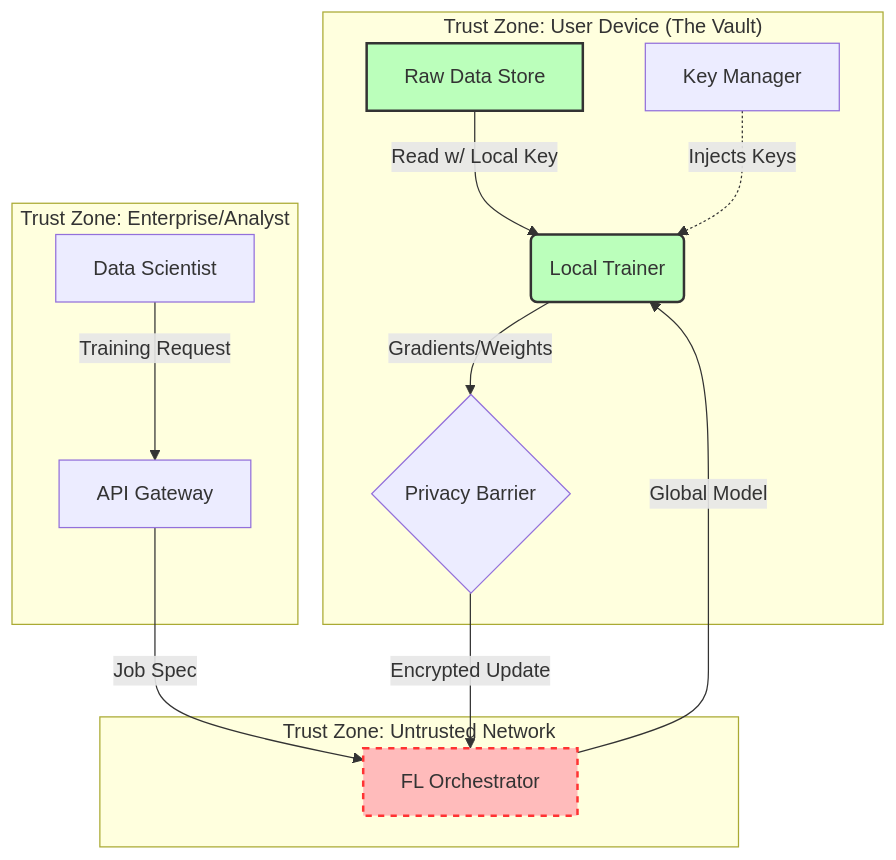
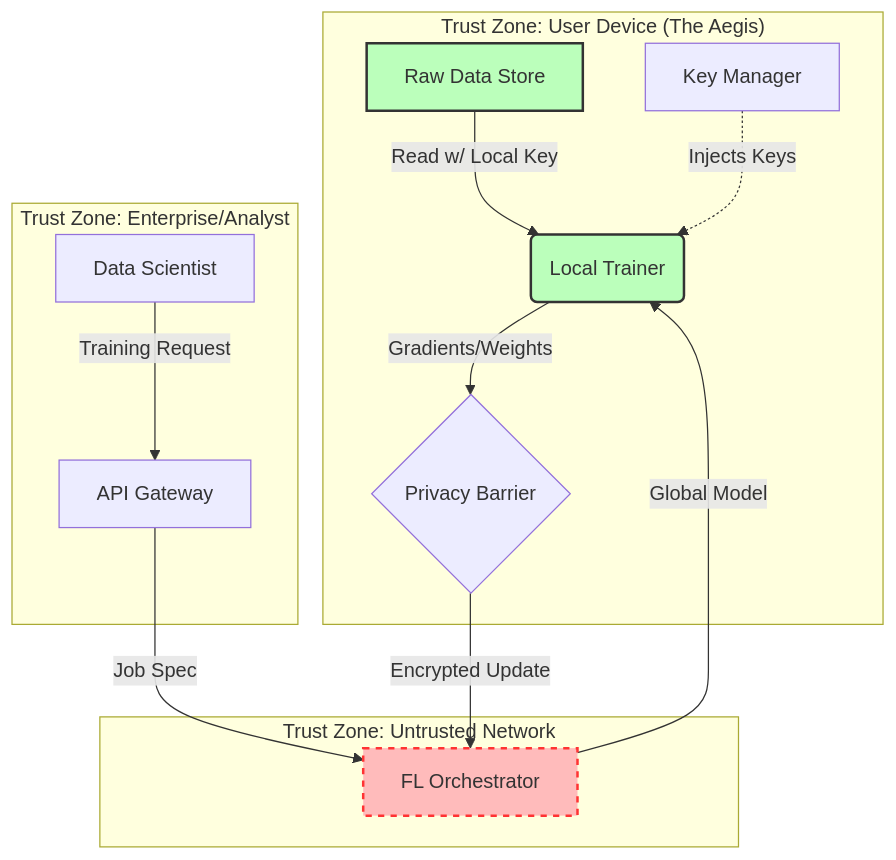
One commit to Lingikaushikreddy/Vaulted changed the diagram in README.md. Above: the diagram before and after it, drawn with Mermaid. The commit also changed other lines of this file and 33 other files, not shown here.

````diff
--- a/README.md
+++ b/README.md
@@ -15,22 +15,22 @@
 ```mermaid
 graph TD
-    subgraph "Trust Zone: User Device (The Vault)"
+    subgraph "Trust Zone: User Device (The Aegis)"
         A[Raw Data Store] -->|Read w/ Local Key| B(Local Trainer)
         K[Key Manager] -.->|Injects Keys| B
         B -->|Gradients/Weights| C{Privacy Barrier}
     end
 
     subgraph "Trust Zone: Untrusted Network"
         C -->|Encrypted Update| D[FL Orchestrator]
         D -->|Global Model| B
     end
 
     subgraph "Trust Zone: Enterprise/Analyst"
         E[Data Scientist] -->|Training Request| F[API Gateway]
         F -->|Job Spec| D
     end
 
     style A fill:#bfb,stroke:#333,stroke-width:2px
     style B fill:#bfb,stroke:#333,stroke-width:2px
     style D fill:#fbb,stroke:#f33,stroke-width:2px,stroke-dasharray: 5 5
 ```
````
